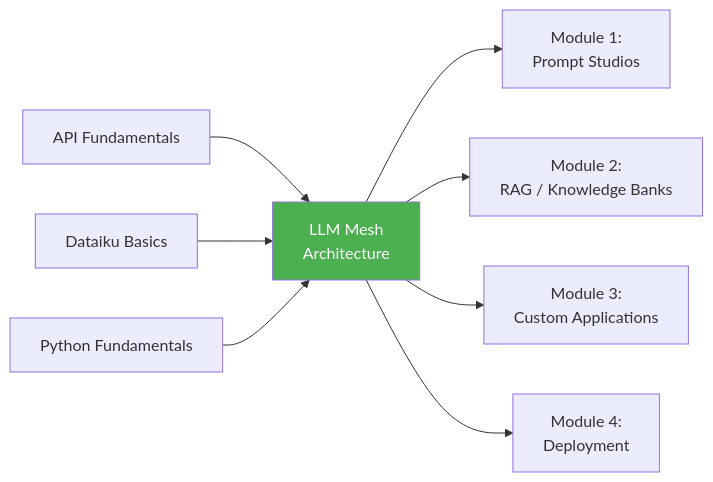
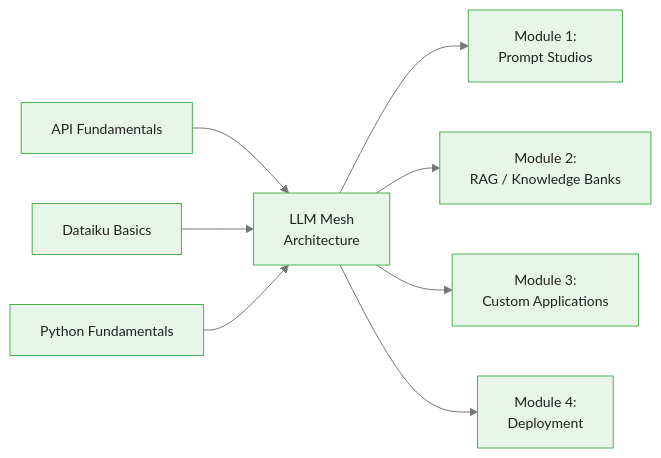
One commit to m-deane/course-creator changed the fifth of 5 diagrams in courses/dataiku-genai/modules/module_00_llm_mesh/guides/01_llm_mesh_architecture_slides.md. Above: the diagram before and after it, drawn with Mermaid. The commit also changed other lines of this file and 54 other files, not shown here.

````diff
--- a/courses/dataiku-genai/modules/module_00_llm_mesh/guides/01_llm_mesh_architecture_slides.md
+++ b/courses/dataiku-genai/modules/module_00_llm_mesh/guides/01_llm_mesh_architecture_slides.md
@@ -484,11 +511,11 @@
 ```mermaid
+%%{init: {"theme": "base", "themeVariables": {"primaryColor": "#e8f5e9", "primaryBorderColor": "#4caf50", "primaryTextColor": "#212121", "secondaryColor": "#e3f2fd", "tertiaryColor": "#fff8e1", "lineColor": "#757575", "fontFamily": "Inter, sans-serif", "fontSize": "14px"}}}%%
 graph LR
     API[API Fundamentals] --> LM[LLM Mesh<br/>Architecture]
     DSS[Dataiku Basics] --> LM
     PY[Python Fundamentals] --> LM
     LM --> PS[Module 1:<br/>Prompt Studios]
     LM --> RAG[Module 2:<br/>RAG / Knowledge Banks]
     LM --> CUS[Module 3:<br/>Custom Applications]
     LM --> DEP[Module 4:<br/>Deployment]
-    style LM fill:#4CAF50,color:#fff
 ```
````
